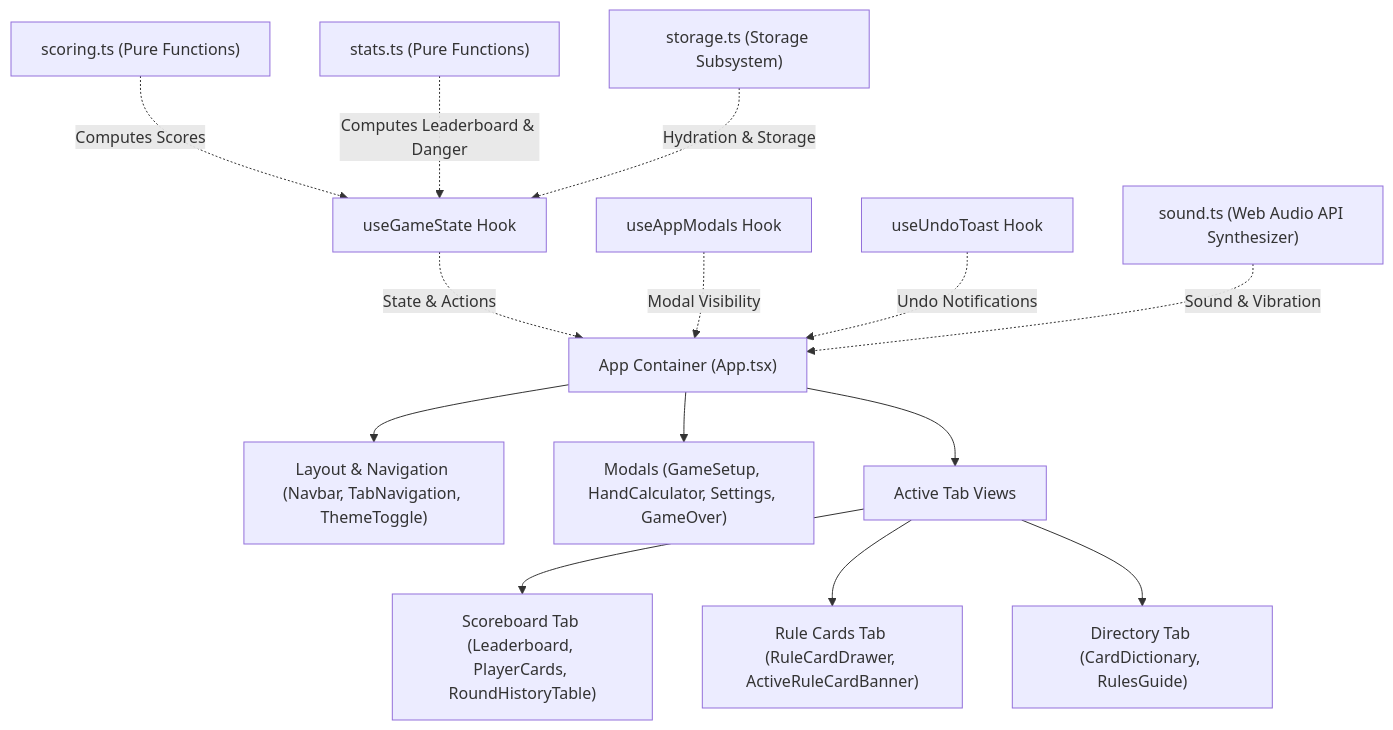
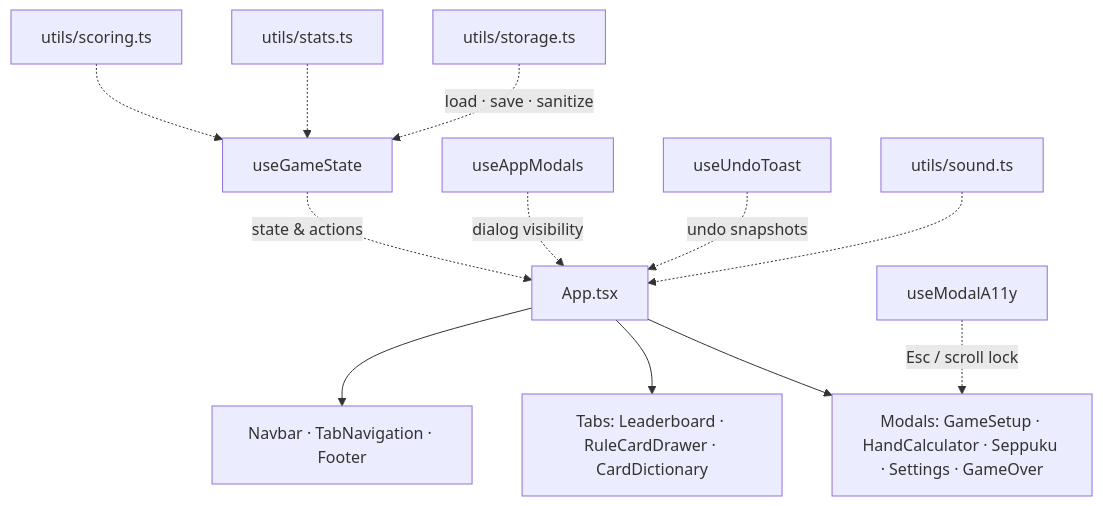
One commit to simo-macca/pandoras-box-app changed the first of 2 diagrams in docs/ARCHITECTURE.md. Above: the diagram before and after it, drawn with Mermaid. The commit also changed other lines of this file and 107 other files, not shown here.

````diff
--- a/docs/ARCHITECTURE.md
+++ b/docs/ARCHITECTURE.md
@@ -35,19 +36,16 @@
 ```mermaid
 flowchart TD
-    App["App Container (App.tsx)"] --> Layout["Layout & Navigation (Navbar, TabNavigation, ThemeToggle)"]
-    App --> Modals["Modals (GameSetup, HandCalculator, Settings, GameOver)"]
-    App --> Tabs["Active Tab Views"]
+    App["App.tsx"] --> Layout["Navbar · TabNavigation · Footer"]
+    App --> Tabs["Tabs: Leaderboard · RuleCardDrawer · CardDictionary"]
+    App --> Modals["Modals: GameSetup · HandCalculator · Seppuku · Settings · GameOver"]
 
-    Tabs --> Scoreboard["Scoreboard Tab (Leaderboard, PlayerCards, RoundHistoryTable)"]
-    Tabs --> RuleDrawer["Rule Cards Tab (RuleCardDrawer, ActiveRuleCardBanner)"]
-    Tabs --> Dictionary["Directory Tab (CardDictionary, RulesGuide)"]
+    State["useGameState"] -.->|state & actions| App
+    ModalState["useAppModals"] -.->|dialog visibility| App
+    Undo["useUndoToast"] -.->|undo snapshots| App
+    A11y["useModalA11y"] -.->|Esc / scroll lock| Modals
 
-    State["useGameState Hook"] -.->|State & Actions| App
-    ModalsState["useAppModals Hook"] -.->|Modal Visibility| App
-    Toast["useUndoToast Hook"] -.->|Undo Notifications| App
-
-    ScoringUtil["scoring.ts (Pure Functions)"] -.->|Computes Scores| State
-    StatsUtil["stats.ts (Pure Functions)"] -.->|Computes Leaderboard & Danger| State
-    StorageUtil["storage.ts (Storage Subsystem)"] -.->|Hydration & Storage| State
-    Audio["sound.ts (Web Audio API Synthesizer)"] -.->|Sound & Vibration| App
+    Scoring["utils/scoring.ts"] -.-> State
+    Stats["utils/stats.ts"] -.-> State
+    Storage["utils/storage.ts"] -.->|load · save · sanitize| State
+    Sound["utils/sound.ts"] -.-> App
 ```
````
